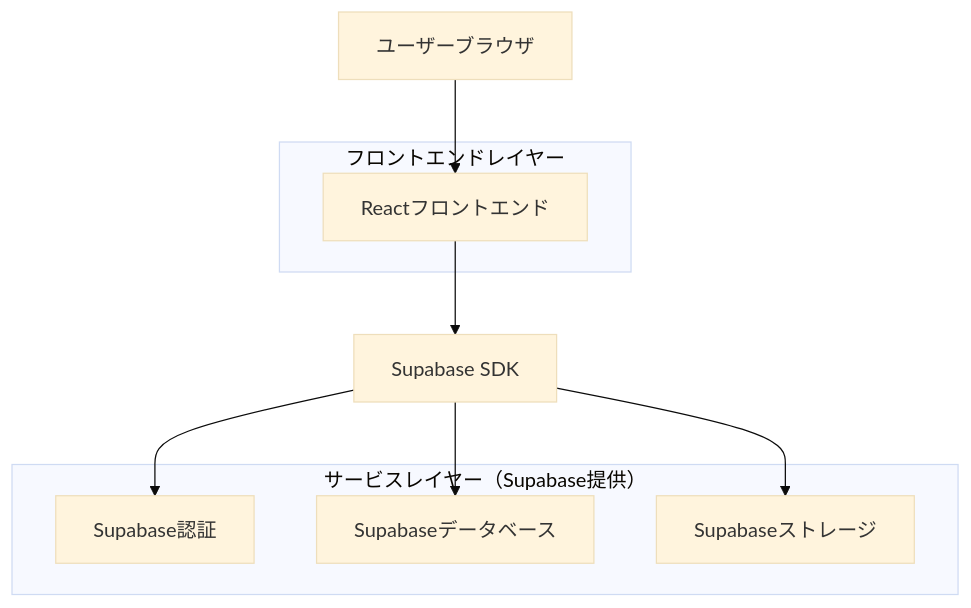
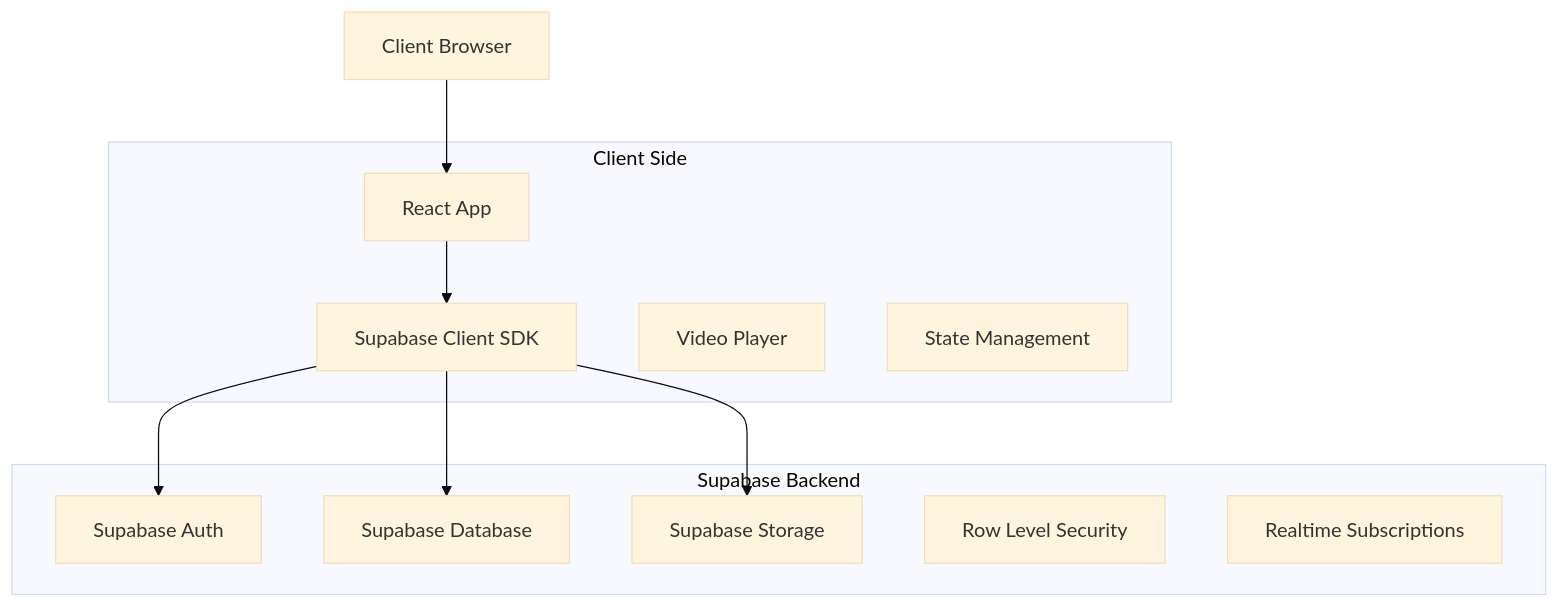
The second of 3 diagrams in .trae/documents/video_streaming_tech_architecture.md (mashharuki/TARE_sample), drawn with Mermaid (base theme) before and after one commit. The commit also changed other lines of this file and 31 other files, not shown here.

````diff
--- a/.trae/documents/video_streaming_tech_architecture.md
+++ b/.trae/documents/video_streaming_tech_architecture.md
@@ -3,18 +112,23 @@
 ```mermaid
 graph TD
-    A[ユーザーブラウザ] --> B[Reactフロントエンド]
-    B --> C[Supabase SDK]
-    C --> D[Supabase認証]
-    C --> E[Supabaseデータベース]
-    C --> F[Supabaseストレージ]
-
-    subgraph "フロントエンドレイヤー"
+    A[Client Browser] --> B[React App]
+    B --> C[Supabase Client SDK]
+    C --> D[Supabase Auth]
+    C --> E[Supabase Database]
+    C --> F[Supabase Storage]
+    
+    subgraph "Client Side"
         B
+        C
+        G[Video Player]
+        H[State Management]
     end
-
-    subgraph "サービスレイヤー（Supabase提供）"
+    
+    subgraph "Supabase Backend"
         D
         E
         F
+        I[Row Level Security]
+        J[Realtime Subscriptions]
     end
 ```
````
